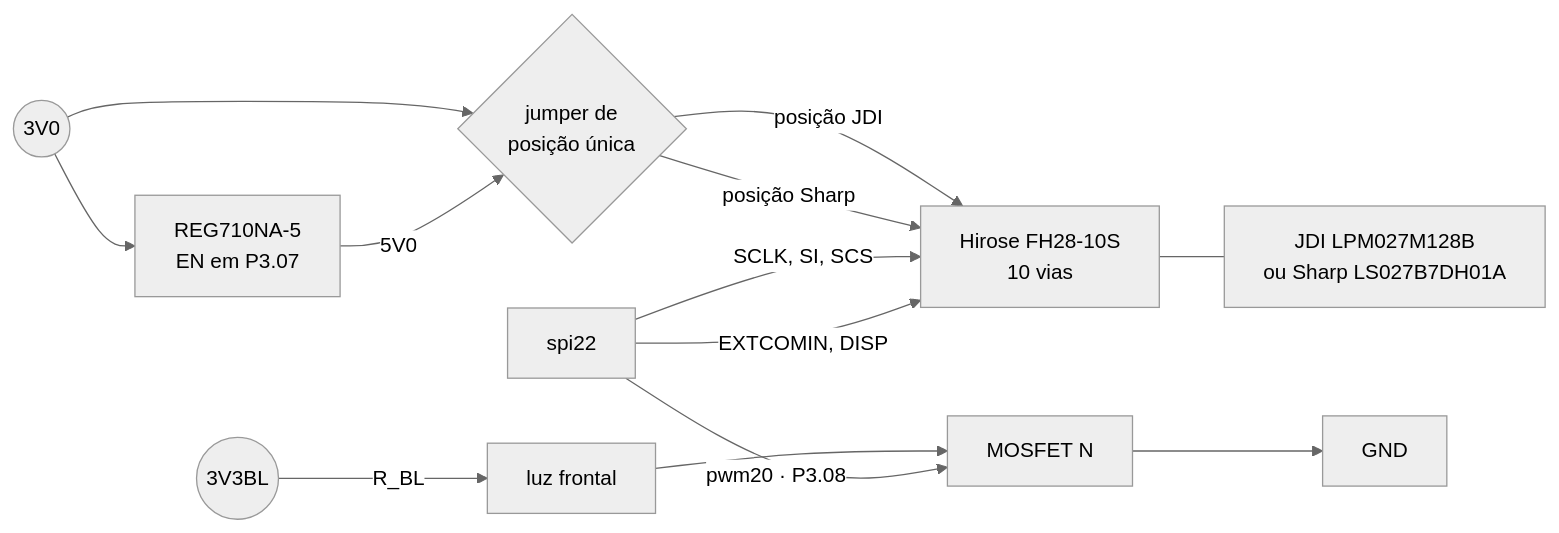
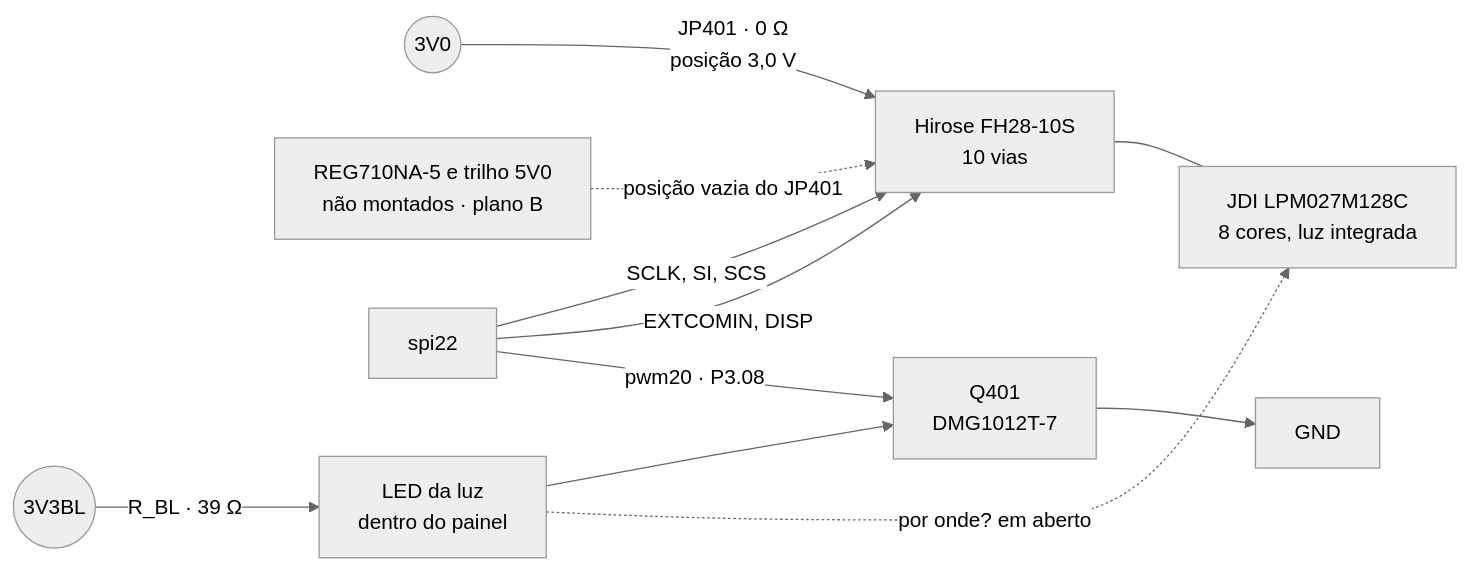
One commit to Guiimartinho/gnss-bike-computer changed the fourth of 6 diagrams in hardware_gnssbike/01-esquematico.md. Above: the diagram before and after it, drawn with Mermaid (neutral theme). The commit also changed other lines of this file and 17 other files, not shown here.

````diff
--- a/hardware_gnssbike/01-esquematico.md
+++ b/hardware_gnssbike/01-esquematico.md
@@ -250,12 +250,11 @@
 ```mermaid
 flowchart LR
-    R3V0(("3V0")) --> SEL{"jumper de<br/>posição única"}
-    SEL -->|"posição JDI"| FPC
-    R3V0 --> REG["REG710NA-5<br/>EN em P3.07"] -->|"5V0"| SEL
-    SEL -->|"posição Sharp"| FPC["Hirose FH28-10S<br/>10 vias"]
+    R3V0(("3V0")) -->|"JP401 · 0 Ω<br/>posição 3,0 V"| FPC["Hirose FH28-10S<br/>10 vias"]
+    NM["REG710NA-5 e trilho 5V0<br/>não montados · plano B"] -.->|"posição vazia do JP401"| FPC
     MCU["spi22"] -->|"SCLK, SI, SCS"| FPC
     MCU -->|"EXTCOMIN, DISP"| FPC
-    FPC --- PANEL["JDI LPM027M128B<br/>ou Sharp LS027B7DH01A"]
-    RBL(("3V3BL")) -->|"R_BL"| LED["luz frontal"] --> MOSFET["MOSFET N"] --> GND["GND"]
+    FPC --- PANEL["JDI LPM027M128C<br/>8 cores, luz integrada"]
+    RBL(("3V3BL")) -->|"R_BL · 39 Ω"| LED["LED da luz<br/>dentro do painel"] --> MOSFET["Q401<br/>DMG1012T-7"] --> GND["GND"]
     MCU -->|"pwm20 · P3.08"| MOSFET
+    LED -.->|"por onde? em aberto"| PANEL
 ```
````
